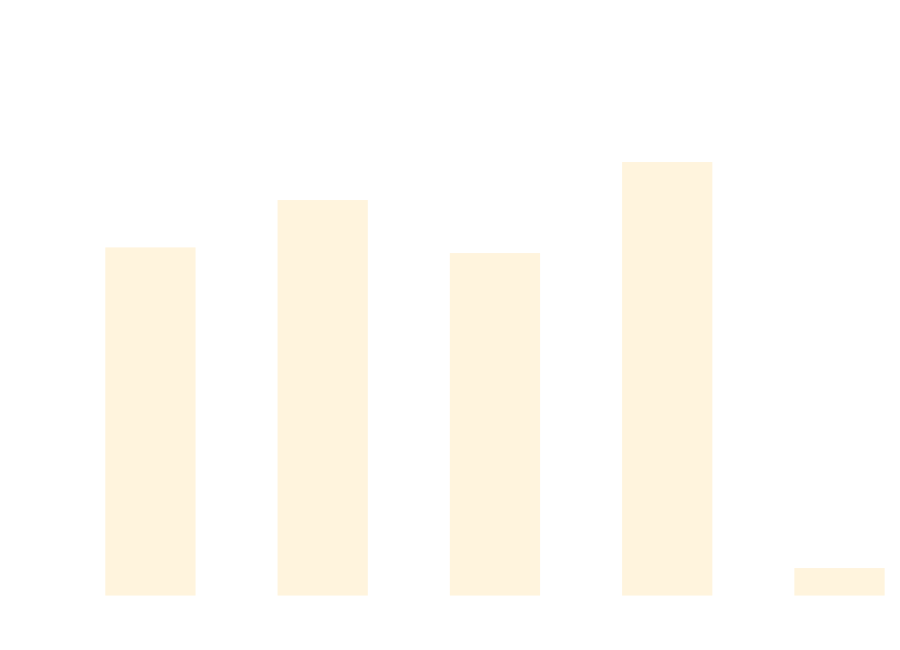
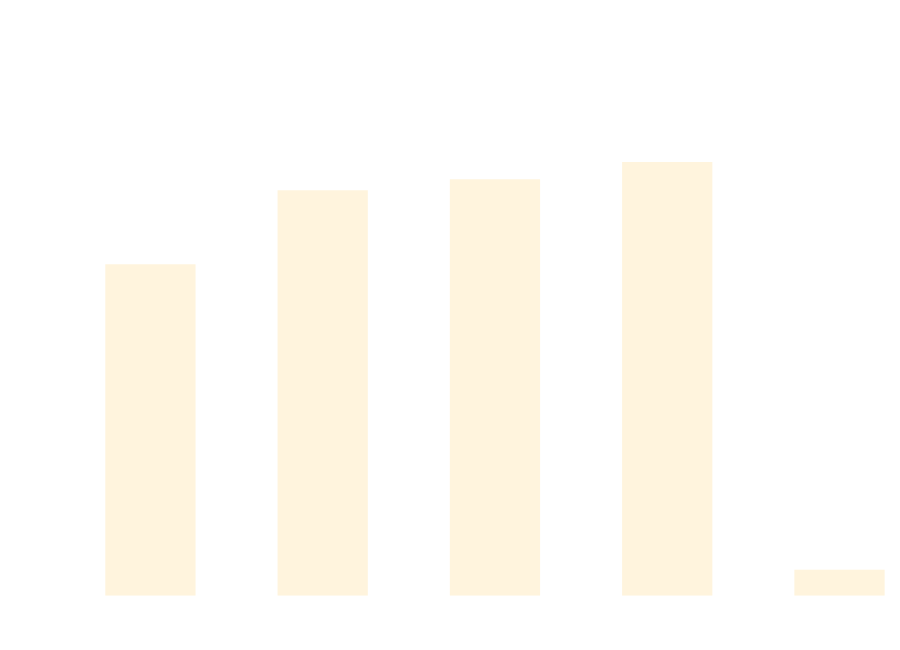
The diagram in docs/docs/benchmarks/DataDrivenTests.md (thomhurst/TUnit), drawn with Mermaid before and after one commit. The commit also changed other lines of this file and 17 other files, not shown here.

````diff
--- a/docs/docs/benchmarks/DataDrivenTests.md
+++ b/docs/docs/benchmarks/DataDrivenTests.md
@@ -27,37 +27,37 @@
 ```mermaid
 %%{init: {
   'theme':'base',
   'themeVariables': {
     'primaryColor': '#2563eb',
     'primaryTextColor': '#ffffff',
     'primaryBorderColor': '#1e40af',
     'lineColor': '#6b7280',
     'secondaryColor': '#7c3aed',
     'tertiaryColor': '#dc2626',
     'background': '#ffffff',
     'mainBkg': '#2563eb',
     'secondBkg': '#7c3aed',
     'tertiaryBkg': '#dc2626',
     'clusterBkg': '#f3f4f6',
     'edgeLabelBackground': '#ffffff',
     'tertiaryTextColor': '#1f2937',
     'pie1': '#2563eb',
     'pie2': '#7c3aed',
     'pie3': '#dc2626',
     'pie4': '#f59e0b',
     'pie5': '#10b981',
     'pie6': '#06b6d4',
     'pie7': '#ec4899',
     'pie8': '#6366f1',
     'pie9': '#84cc16',
     'pie10': '#f97316',
     'pie11': '#14b8a6',
     'pie12': '#a855f7'
   }
 }}%%
 xychart-beta
   title "DataDrivenTests Performance Comparison"
   x-axis ["TUnit", "NUnit", "MSTest", "xUnit3", "TUnit_AOT"]
-  y-axis "Time (ms)" 0 --> 708
-  bar [470.84, 536.76, 462.96, 589.64, 24.61]
+  y-axis "Time (ms)" 0 --> 745
+  bar [470.74, 579.13, 595.21, 620.54, 23.48]
 ```
````
